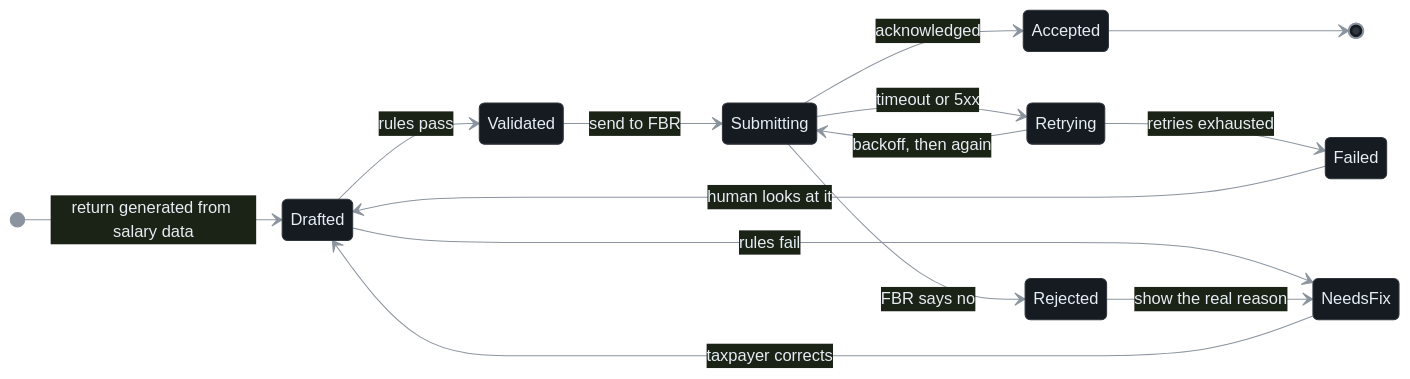
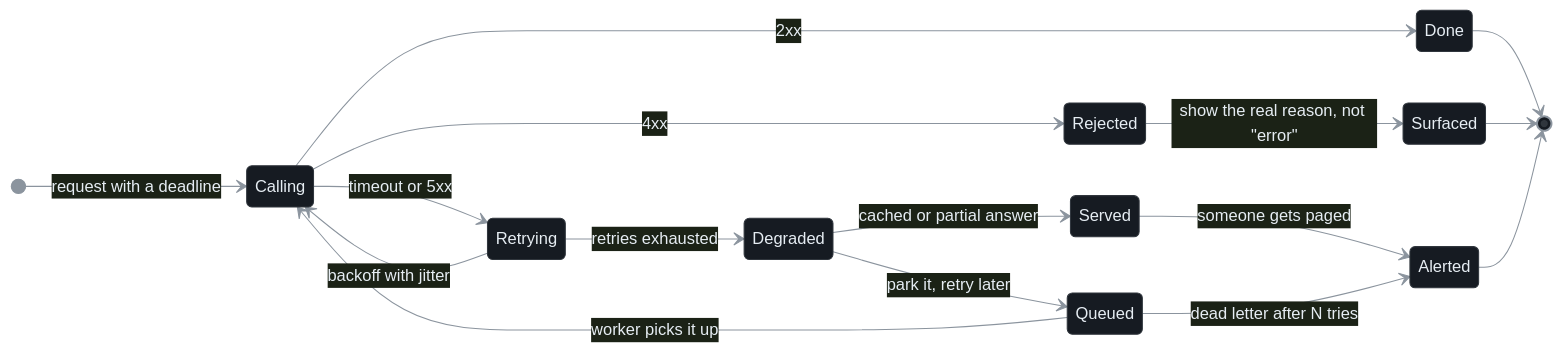
One commit to Webtech12/Webtech12 changed the fourth of 6 diagrams in README.md. Above: the diagram before and after it, drawn with Mermaid. The commit also changed other lines of this file, not shown here.

````diff
--- a/README.md
+++ b/README.md
@@ -188,18 +134,20 @@
 ```mermaid
 %%{init: {'theme': 'base', 'themeVariables': { 'primaryColor': '#161b22', 'primaryTextColor': '#e6edf3', 'primaryBorderColor': '#30363d', 'lineColor': '#8b949e', 'fontFamily': 'JetBrains Mono, Consolas, monospace' }}}%%
 stateDiagram-v2
     direction LR
-    [*] --> Drafted: return generated from salary data
-    Drafted --> Validated: rules pass
-    Drafted --> NeedsFix: rules fail
-    NeedsFix --> Drafted: taxpayer corrects
-    Validated --> Submitting: send to FBR
-    Submitting --> Accepted: acknowledged
-    Submitting --> Retrying: timeout or 5xx
-    Retrying --> Submitting: backoff, then again
-    Retrying --> Failed: retries exhausted
-    Submitting --> Rejected: FBR says no
-    Rejected --> NeedsFix: show the real reason
-    Failed --> Drafted: human looks at it
-    Accepted --> [*]
+    [*] --> Calling: request with a deadline
+    Calling --> Done: 2xx
+    Calling --> Retrying: timeout or 5xx
+    Retrying --> Calling: backoff with jitter
+    Retrying --> Degraded: retries exhausted
+    Calling --> Rejected: 4xx
+    Rejected --> Surfaced: show the real reason, not "error"
+    Degraded --> Served: cached or partial answer
+    Degraded --> Queued: park it, retry later
+    Queued --> Calling: worker picks it up
+    Served --> Alerted: someone gets paged
+    Queued --> Alerted: dead letter after N tries
+    Done --> [*]
+    Surfaced --> [*]
+    Alerted --> [*]
 ```
````
